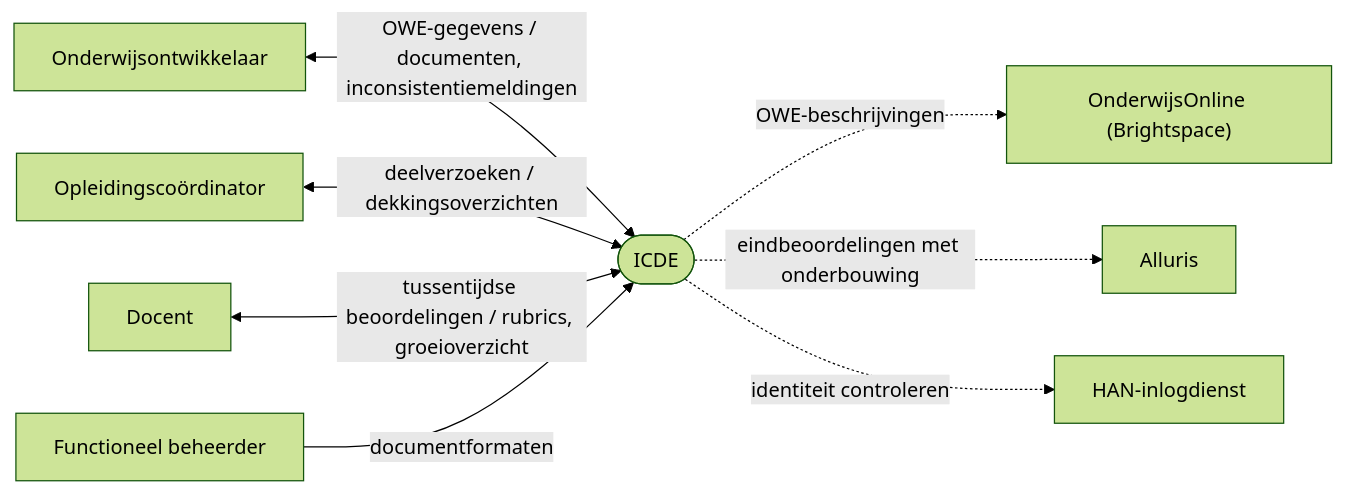
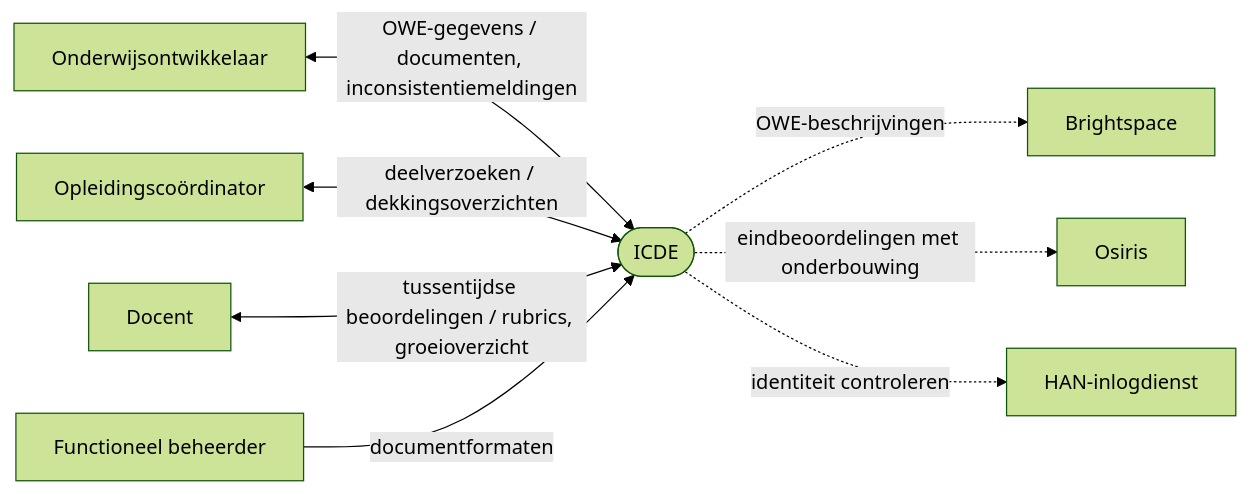
Before and after one commit to HAN-Craftsmanship-KL-JJG/casus: the diagram in docs/systeemgrenzen.md, drawn with Mermaid (forest theme). The commit also changed other lines of this file and 1 other file, not shown here.

Commit message:
docs: Updated systeemgrenzen Fixed current used systems (Brightspace and Osiris instead of Alluris and OnderwijsOnline) Added more questions to ask the client during the first meeting

````diff
--- a/docs/systeemgrenzen.md
+++ b/docs/systeemgrenzen.md
@@ -54,22 +50,22 @@
 ```mermaid
 flowchart LR
   ontwikkelaar["Onderwijsontwikkelaar"]
   coordinator["Opleidingscoördinator"]
   docent["Docent"]
   beheerder["Functioneel beheerder"]
 
   icde(["ICDE"])
 
-  onderwijsonline["OnderwijsOnline (Brightspace)"]
-  alluris["Alluris"]
+  Brightspace["Brightspace"]
+  Osiris["Osiris"]
   inlogdienst["HAN-inlogdienst"]
 
   ontwikkelaar <-- "OWE-gegevens / documenten, inconsistentiemeldingen" --> icde
   coordinator <-- "deelverzoeken / dekkingsoverzichten" --> icde
   docent <-- "tussentijdse beoordelingen / rubrics, groeioverzicht" --> icde
   beheerder -- "documentformaten" --> icde
 
-  icde -. "OWE-beschrijvingen" .-> onderwijsonline
-  icde -. "eindbeoordelingen met onderbouwing" .-> alluris
+  icde -. "OWE-beschrijvingen" .-> Brightspace
+  icde -. "eindbeoordelingen met onderbouwing" .-> Osiris
   icde -. "identiteit controleren" .-> inlogdienst
 ```
````
